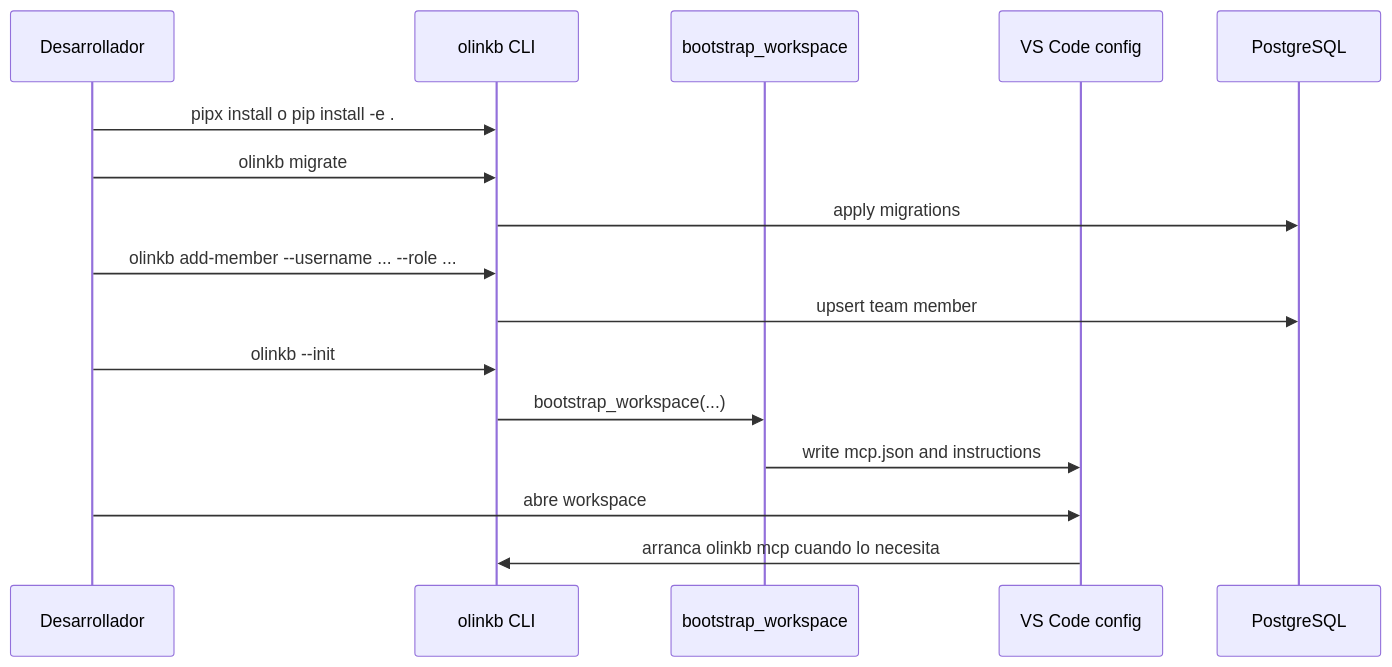
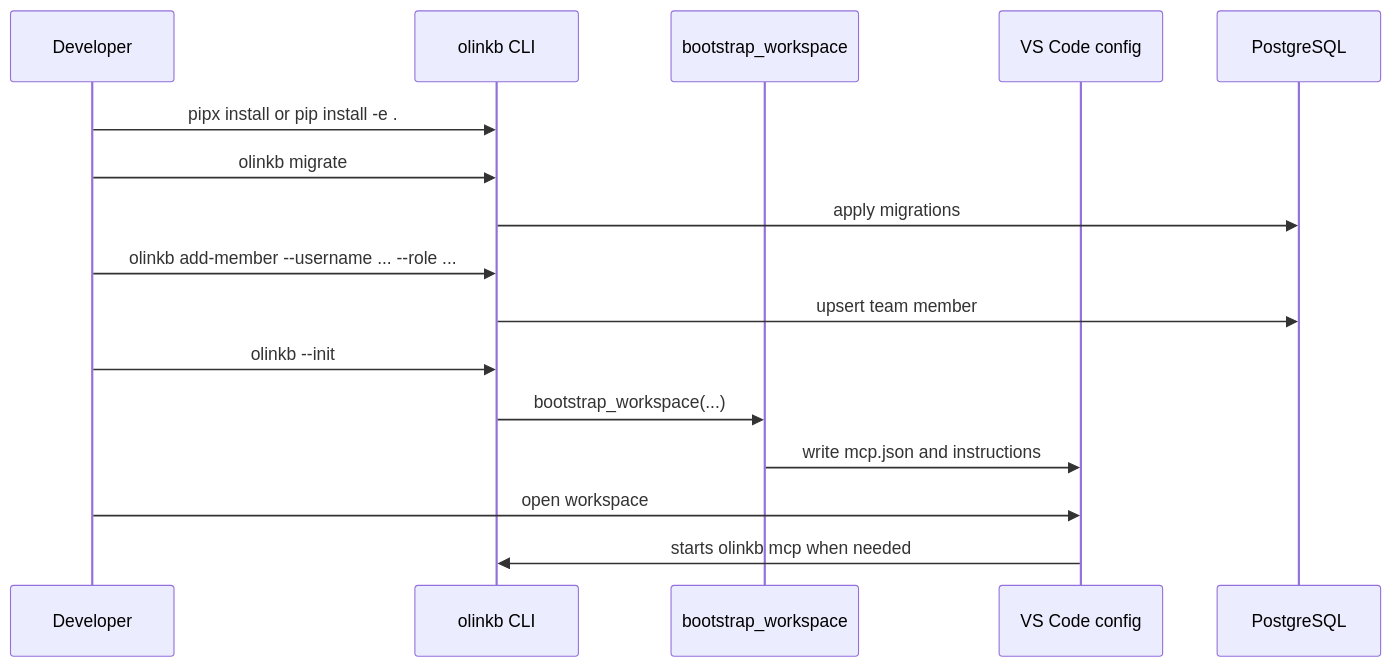
The fifth of 11 diagrams in docs/olinkb-funcionamiento-end-to-end.md (rzjulio/olinkb), drawn with Mermaid before and after one commit. The commit also changed other lines of this file and 22 other files, not shown here.

````diff
--- a/docs/olinkb-funcionamiento-end-to-end.md
+++ b/docs/olinkb-funcionamiento-end-to-end.md
@@ -244,19 +244,19 @@
 ```mermaid
 sequenceDiagram
-    participant Dev as Desarrollador
+    participant Dev as Developer
     participant CLI as olinkb CLI
     participant Boot as bootstrap_workspace
     participant VSCode as VS Code config
     participant PG as PostgreSQL
 
-    Dev->>CLI: pipx install o pip install -e .
+    Dev->>CLI: pipx install or pip install -e .
     Dev->>CLI: olinkb migrate
     CLI->>PG: apply migrations
     Dev->>CLI: olinkb add-member --username ... --role ...
     CLI->>PG: upsert team member
     Dev->>CLI: olinkb --init
     CLI->>Boot: bootstrap_workspace(...)
     Boot->>VSCode: write mcp.json and instructions
-    Dev->>VSCode: abre workspace
-    VSCode->>CLI: arranca olinkb mcp cuando lo necesita
+    Dev->>VSCode: open workspace
+    VSCode->>CLI: starts olinkb mcp when needed
 ```
````
